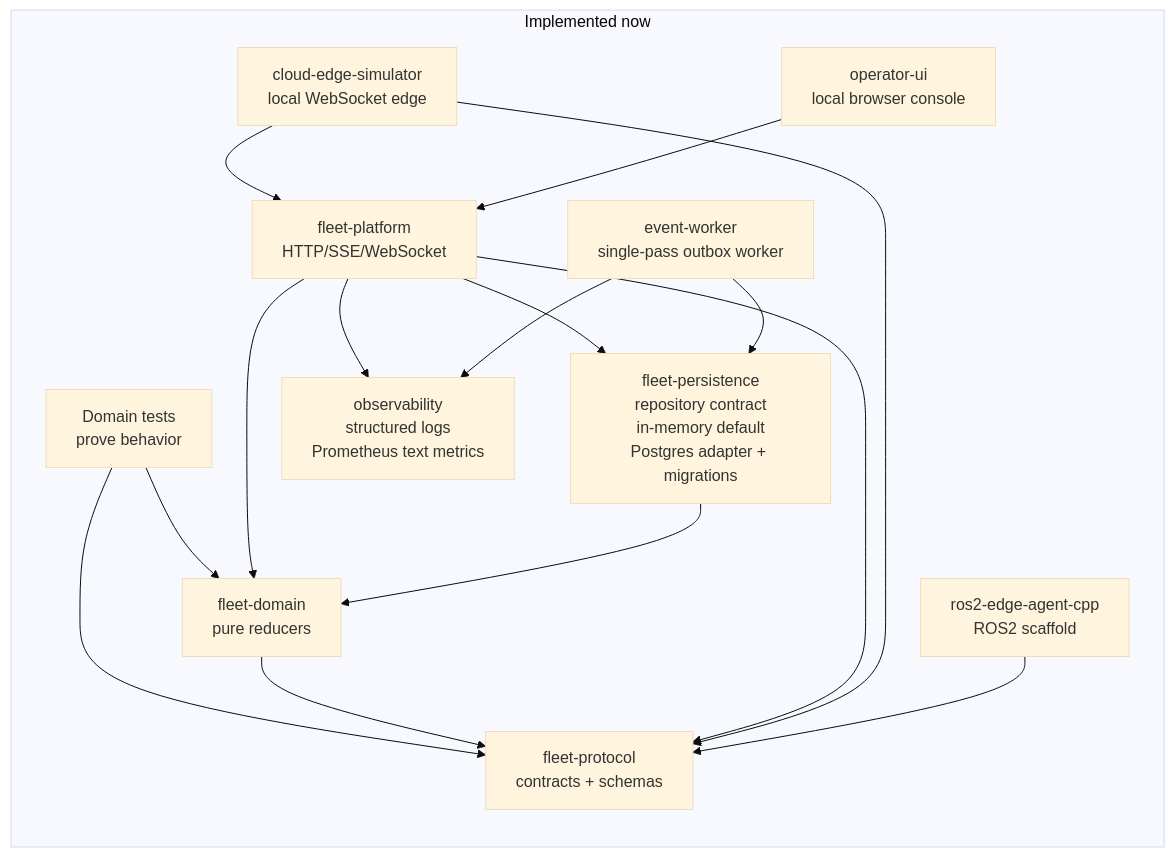
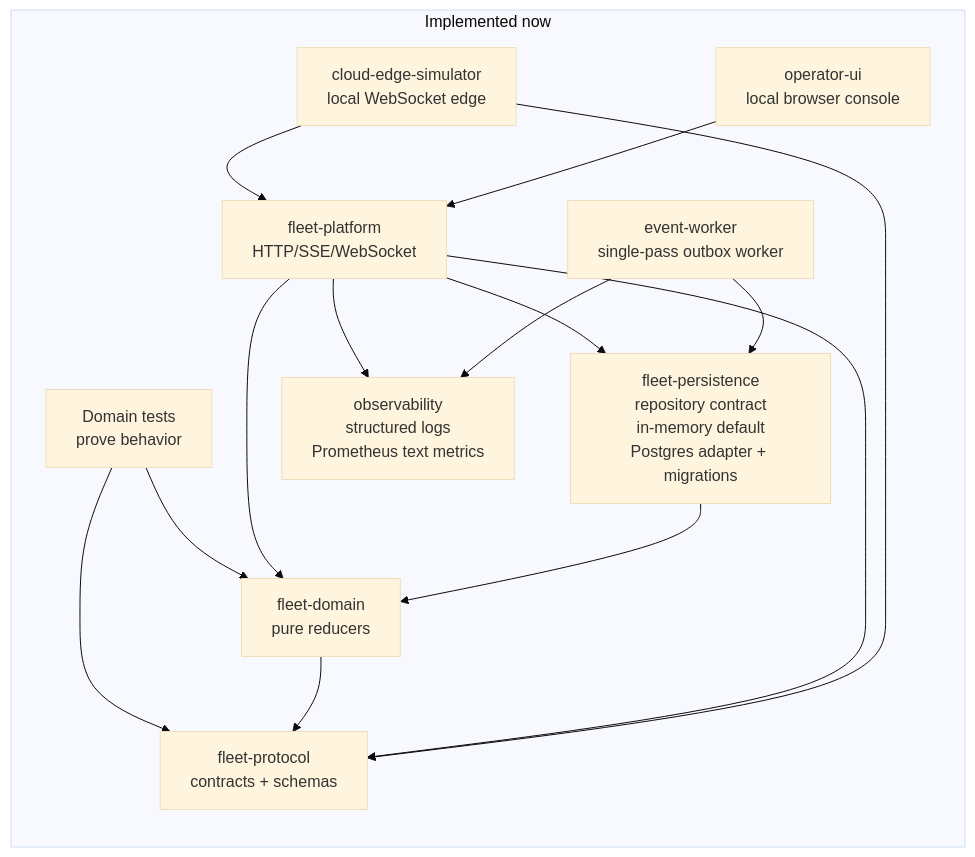
One commit to reinhard-z/RoboOps-Control-Plane changed the first of 4 diagrams in docs/architecture/current-architecture.md. Above: the diagram before and after it, drawn with Mermaid (base theme). The commit also changed other lines of this file and 47 other files, not shown here.

````diff
--- a/docs/architecture/current-architecture.md
+++ b/docs/architecture/current-architecture.md
@@ -64,29 +56,27 @@
 ```mermaid
 flowchart LR
   subgraph Implemented["Implemented now"]
     Tests["Domain tests<br/>prove behavior"]
     Domain["fleet-domain<br/>pure reducers"]
     Protocol["fleet-protocol<br/>contracts + schemas"]
     Api["fleet-platform<br/>HTTP/SSE/WebSocket"]
     Persistence["fleet-persistence<br/>repository contract<br/>in-memory default<br/>Postgres adapter + migrations"]
     Worker["event-worker<br/>single-pass outbox worker"]
     Observability["observability<br/>structured logs<br/>Prometheus text metrics"]
     Simulator["cloud-edge-simulator<br/>local WebSocket edge"]
-    EdgeAgent["ros2-edge-agent-cpp<br/>ROS2 scaffold"]
     UI["operator-ui<br/>local browser console"]
     Tests --> Domain
     Tests --> Protocol
     Domain --> Protocol
     Api --> Persistence
     Worker --> Persistence
     Api --> Domain
     Persistence --> Domain
     Api --> Protocol
     Api --> Observability
     Worker --> Observability
     Simulator --> Protocol
     Simulator --> Api
-    EdgeAgent --> Protocol
     UI --> Api
   end
 ```
````
